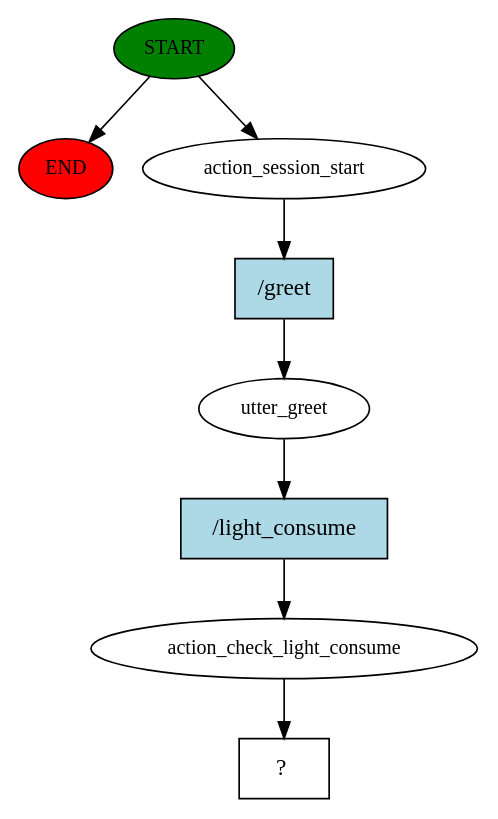
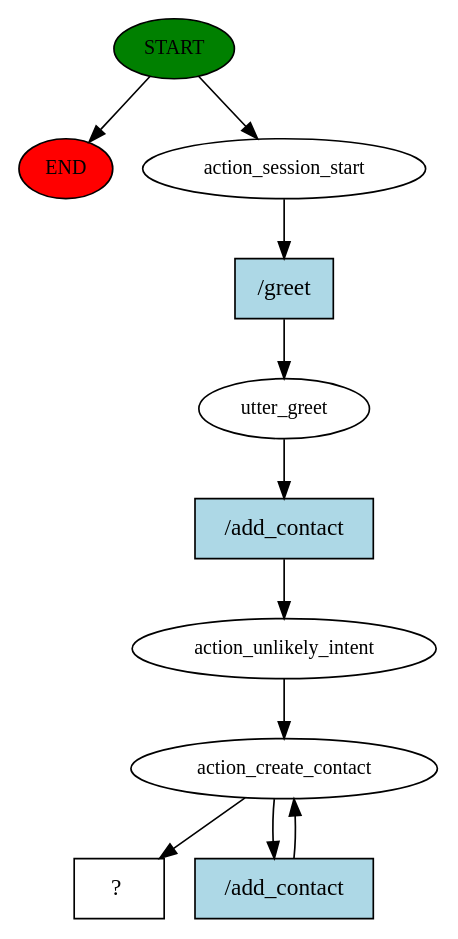
One commit to BernardoLeandro1/PI changed the diagram in rasa-assistant/story_graph.dot. Above: the diagram before and after it, drawn with Graphviz. The commit also changed 143 other files, not shown here.

```diff
--- a/rasa-assistant/story_graph.dot
+++ b/rasa-assistant/story_graph.dot
@@ -1,17 +1,22 @@
 digraph  {
 0 [class="start active", fillcolor=green, fontsize=12, label=START, style=filled];
 "-1" [class=end, fillcolor=red, fontsize=12, label=END, style=filled];
 1 [class=active, fontsize=12, label=action_session_start];
 2 [class=active, fontsize=12, label=utter_greet];
-3 [class=active, fontsize=12, label=action_check_light_consume];
-4 [class="intent dashed active", label="  ?  ", shape=rect];
-5 [class="intent active", fillcolor=lightblue, label="/greet", shape=rect, style=filled];
-6 [class="intent active", fillcolor=lightblue, label="/light_consume", shape=rect, style=filled];
+3 [class=active, fontsize=12, label=action_unlikely_intent];
+4 [class=active, fontsize=12, label=action_create_contact];
+6 [class="intent dashed active", label="  ?  ", shape=rect];
+7 [class="intent active", fillcolor=lightblue, label="/greet", shape=rect, style=filled];
+8 [class="intent active", fillcolor=lightblue, label="/add_contact", shape=rect, style=filled];
+9 [class="intent active", fillcolor=lightblue, label="/add_contact", shape=rect, style=filled];
 0 -> "-1"  [class="", key=NONE, label=""];
 0 -> 1  [class=active, key=NONE, label=""];
-1 -> 5  [class=active, key=0];
-2 -> 6  [class=active, key=0];
+1 -> 7  [class=active, key=0];
+2 -> 8  [class=active, key=0];
 3 -> 4  [class=active, key=NONE, label=""];
-5 -> 2  [class=active, key=0];
-6 -> 3  [class=active, key=0];
+4 -> 6  [class=active, key=NONE, label=""];
+4 -> 9  [class=active, key=0];
+7 -> 2  [class=active, key=0];
+8 -> 3  [class=active, key=0];
+9 -> 4  [class=active, key=0];
 }
```
